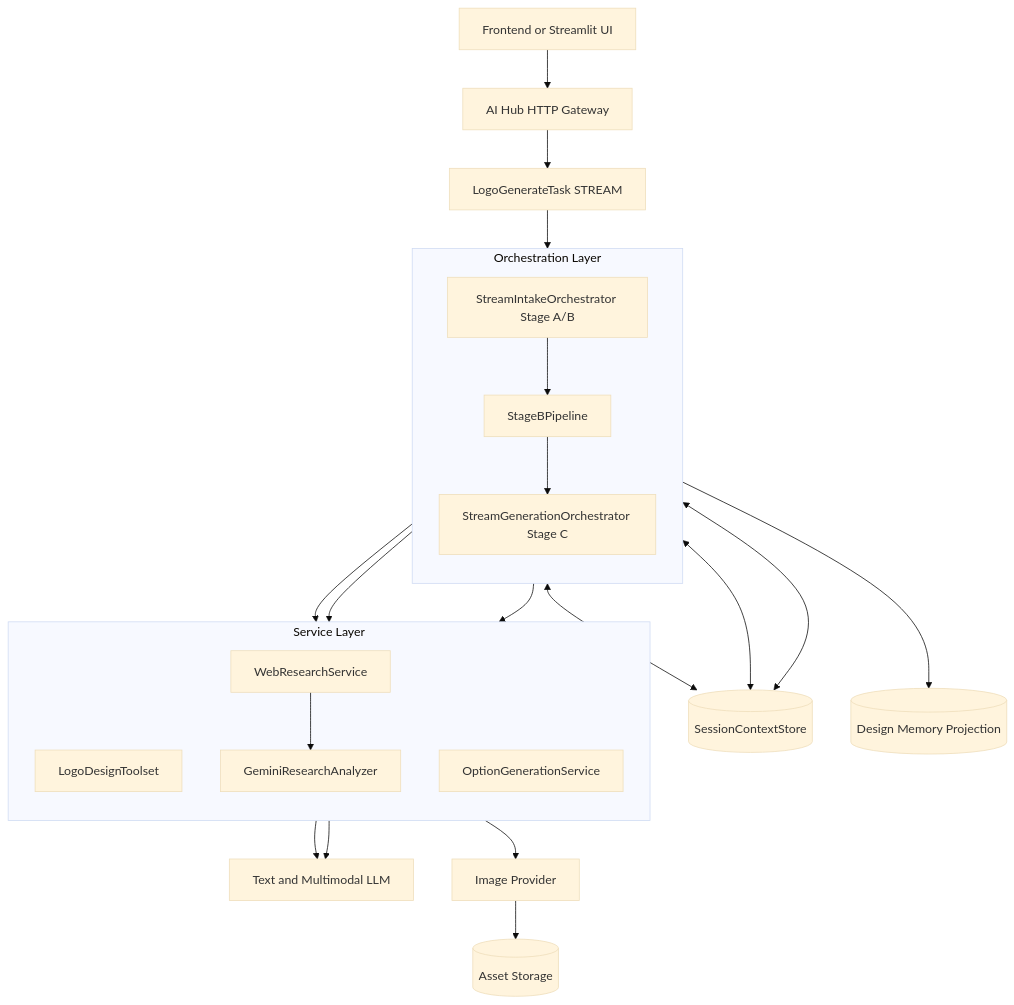
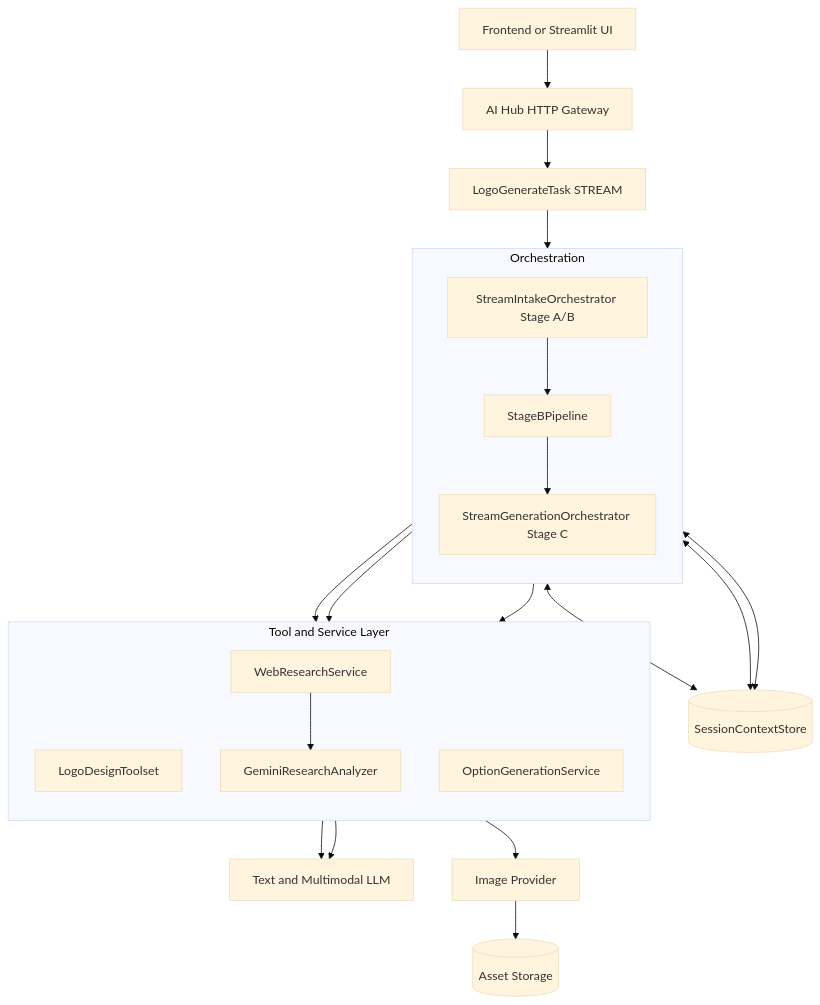
The second of 3 diagrams in architecture.md (Ne4nf/Agent-Memory), drawn with Mermaid (base theme) before and after one commit. The commit also changed other lines of this file, not shown here.

Commit message:
Update architecture document for logo generation POC

````diff
--- a/architecture.md
+++ b/architecture.md
@@ -129,39 +132,37 @@
 ```mermaid
 graph TD
   FE[Frontend or Streamlit UI]
   GW[AI Hub HTTP Gateway]
   TASK[LogoGenerateTask STREAM]
 
-  subgraph ORCH[Orchestration Layer]
+  subgraph ORCH[Orchestration]
     direction TB
     IA[StreamIntakeOrchestrator Stage A/B]
     SB[StageBPipeline]
     SC[StreamGenerationOrchestrator Stage C]
   end
 
-  subgraph SVCS[Service Layer]
+  subgraph TOOLS[Tool and Service Layer]
     direction TB
     TS[LogoDesignToolset]
     WR[WebResearchService]
     GA[GeminiResearchAnalyzer]
     OG[OptionGenerationService]
   end
 
-  MEM[(SessionContextStore)]
-  DM[(Design Memory Projection)]
+  CTX[(SessionContextStore)]
   LLM[Text and Multimodal LLM]
   IMG[Image Provider]
   STO[(Asset Storage)]
 
   FE --> GW --> TASK --> IA --> SB --> SC
   IA --> TS
   SB --> WR --> GA
   SC --> OG --> IMG --> STO
 
-  IA <--> MEM
-  SB <--> MEM
-  SC <--> MEM
-  SB --> DM
+  IA <--> CTX
+  SB <--> CTX
+  SC <--> CTX
   TS --> LLM
   GA --> LLM
 ```
````
